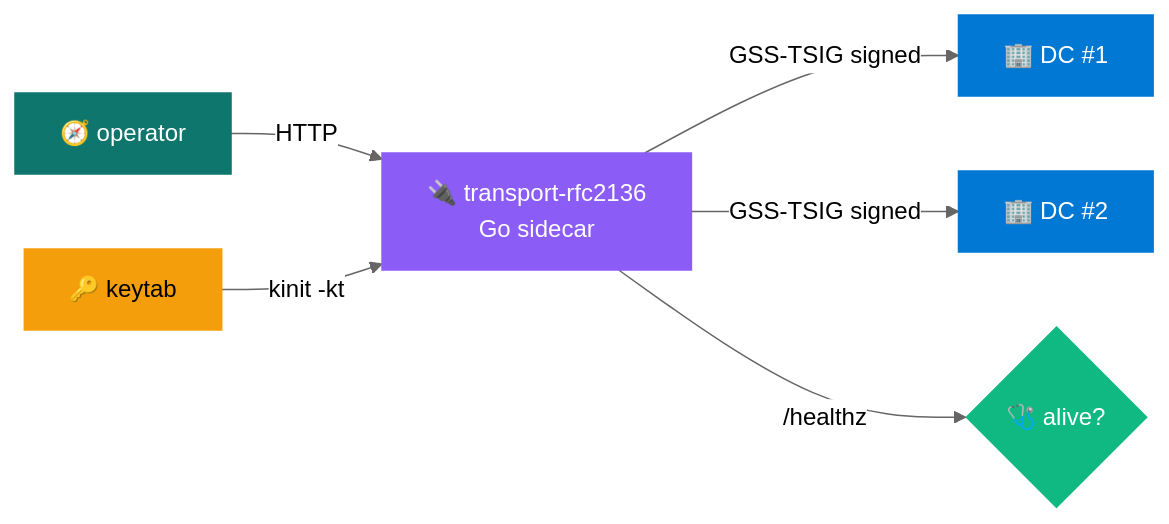
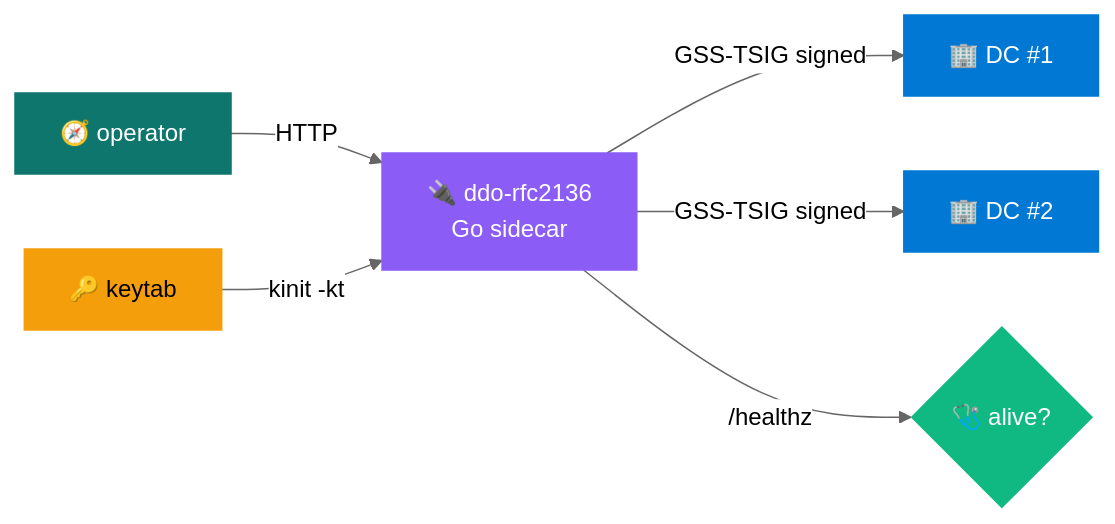
One commit to mrkhachaturov/docker-dns-operator changed the second of 2 diagrams in README.md. Above: the diagram before and after it, drawn with Mermaid (neutral theme). The commit also changed other lines of this file and 37 other files, not shown here.

````diff
--- a/README.md
+++ b/README.md
@@ -130,15 +130,15 @@
 ```mermaid
 graph LR
-    OP["🧭 operator"] -->|HTTP| TR["🔌 transport-rfc2136<br/>Go sidecar"]
+    OP["🧭 operator"] -->|HTTP| TR["🔌 ddo-rfc2136<br/>Go sidecar"]
     KT["🔑 keytab"] -->|kinit -kt| TR
     TR -->|GSS-TSIG signed| DC1["🏢 DC #1"]
     TR -->|GSS-TSIG signed| DC2["🏢 DC #2"]
     TR -->|/healthz| HC{"🩺 alive?"}
 
     style OP fill:#0f766e,color:#fff,stroke:#0f766e
     style TR fill:#8b5cf6,color:#fff,stroke:#8b5cf6
     style KT fill:#f59e0b,color:#000,stroke:#f59e0b
     style DC1 fill:#0078d4,color:#fff,stroke:#0078d4
     style DC2 fill:#0078d4,color:#fff,stroke:#0078d4
     style HC fill:#10b981,color:#fff,stroke:#10b981
 ```
````
